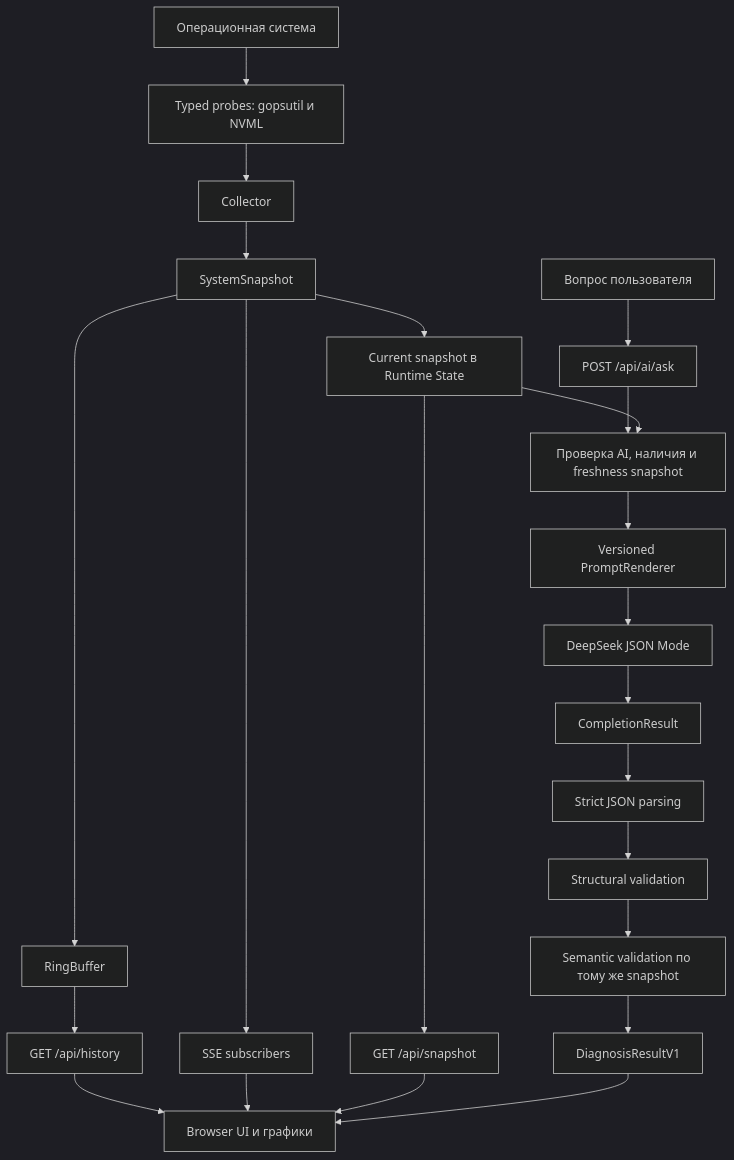
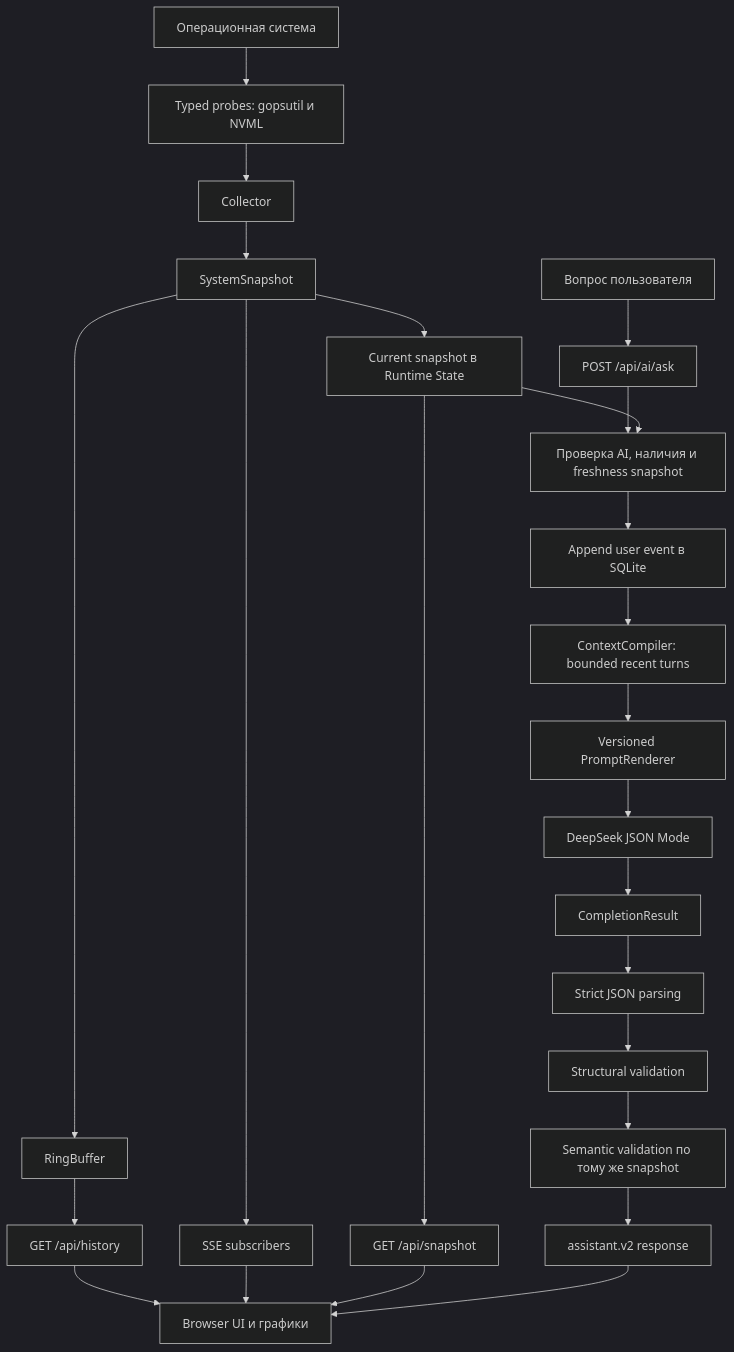
Before and after one commit to eugesmt/os-resource-monitor-ai: the first of 7 diagrams in README.md, drawn with Mermaid (dark theme). The commit also changed other lines of this file and 34 other files, not shown here.

Commit message:
feat: implement bounded source-aware assistant pipeline

````diff
--- a/README.md
+++ b/README.md
@@ -63,28 +79,30 @@
 ```mermaid
 flowchart TD
     OS["Операционная система"] --> P["Typed probes: gopsutil и NVML"]
     P --> C["Collector"]
     C --> S["SystemSnapshot"]
 
     S --> CS["Current snapshot в Runtime State"]
     S --> RB["RingBuffer"]
     S --> SSE["SSE subscribers"]
 
     RB --> H["GET /api/history"]
     H --> UI["Browser UI и графики"]
     SSE --> UI
     CS --> SNAP["GET /api/snapshot"]
     SNAP --> UI
 
     U["Вопрос пользователя"] --> ASK["POST /api/ai/ask"]
     ASK --> FRESH["Проверка AI, наличия и freshness snapshot"]
     CS --> FRESH
-    FRESH --> PR["Versioned PromptRenderer"]
+    FRESH --> LOG["Append user event в SQLite"]
+    LOG --> CC["ContextCompiler: bounded recent turns"]
+    CC --> PR["Versioned PromptRenderer"]
     PR --> DS["DeepSeek JSON Mode"]
     DS --> CR["CompletionResult"]
     CR --> PARSE["Strict JSON parsing"]
     PARSE --> STRUCT["Structural validation"]
     STRUCT --> SEM["Semantic validation по тому же snapshot"]
-    SEM --> D["DiagnosisResultV1"]
+    SEM --> D["assistant.v2 response"]
     D --> UI
 ```
````
